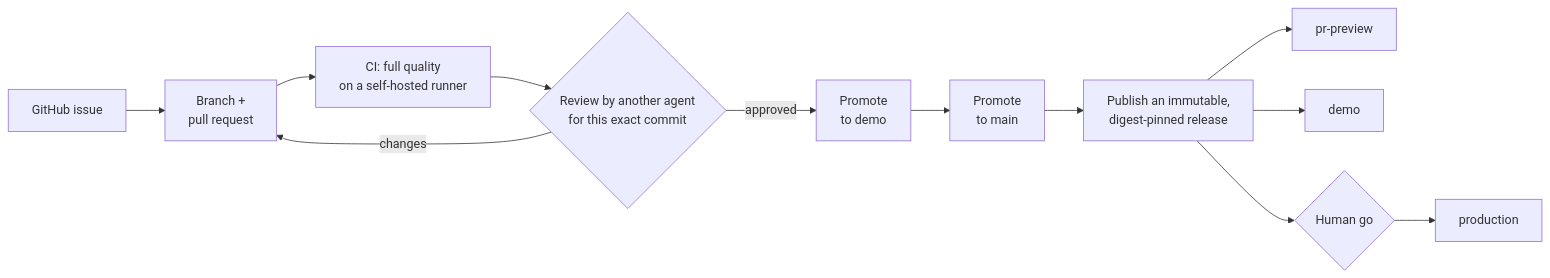
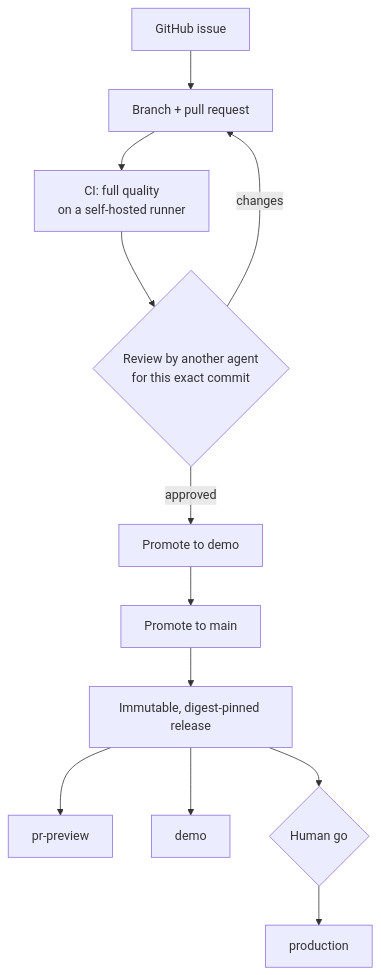
One commit to smarterworkerai/.github changed the second of 4 diagrams in profile/README.md. Above: the diagram before and after it, drawn with Mermaid. The commit also changed other lines of this file, not shown here.

First line of the commit message:
Profile: narrower diagrams (GitHub controls no longer cover them)

````diff
--- a/profile/README.md
+++ b/profile/README.md
@@ -63,12 +52,13 @@
 ```mermaid
-flowchart LR
-    I["GitHub issue"] --> B["Branch +<br/>pull request"]
+flowchart TB
+    I["GitHub issue"] --> B["Branch + pull request"]
     B --> Q["CI: full quality<br/>on a self-hosted runner"]
     Q --> R{"Review by another agent<br/>for this exact commit"}
     R -- changes --> B
-    R -- approved --> D["Promote<br/>to demo"]
-    D --> M["Promote<br/>to main"]
-    M --> P["Publish an immutable,<br/>digest-pinned release"]
+    R -- approved --> D["Promote to demo"]
+    D --> M["Promote to main"]
+    M --> P["Immutable, digest-pinned release"]
     P --> E1["pr-preview"] & E2["demo"]
-    P --> H{"Human go"} --> E3["production"]
+    P --> H{"Human go"}
+    H --> E3["production"]
 ```
````
